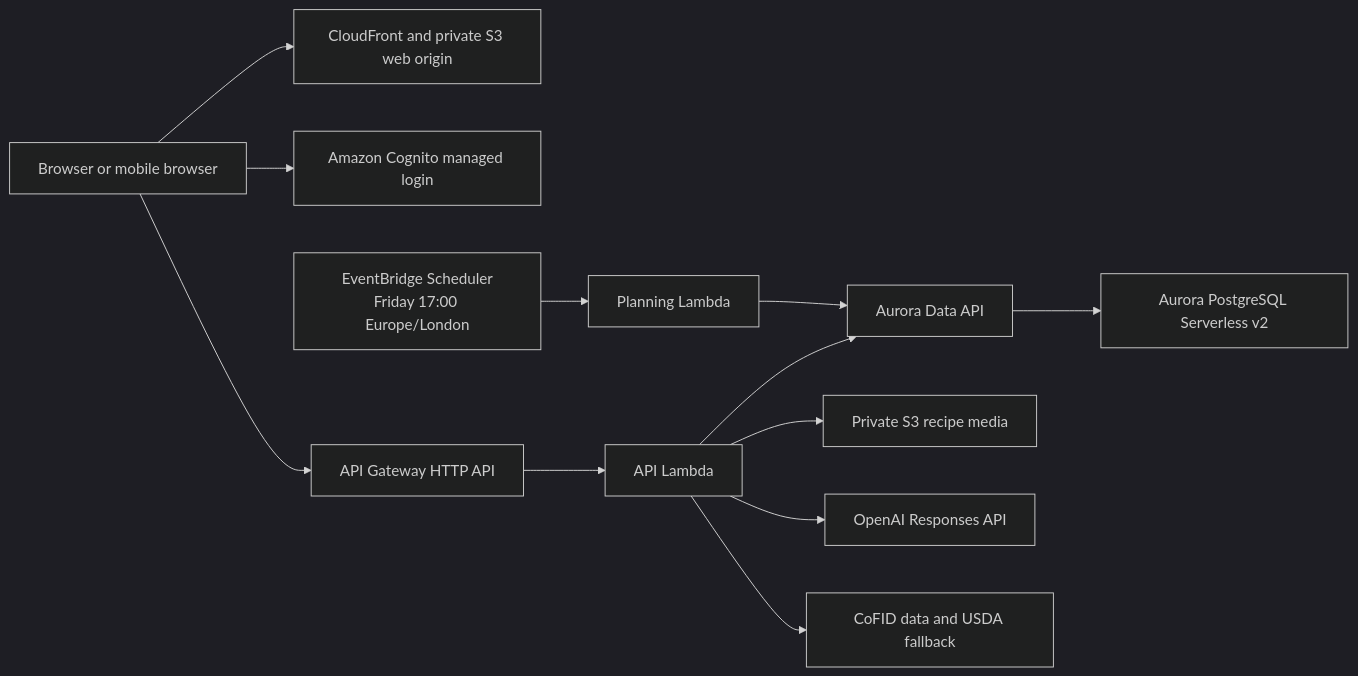
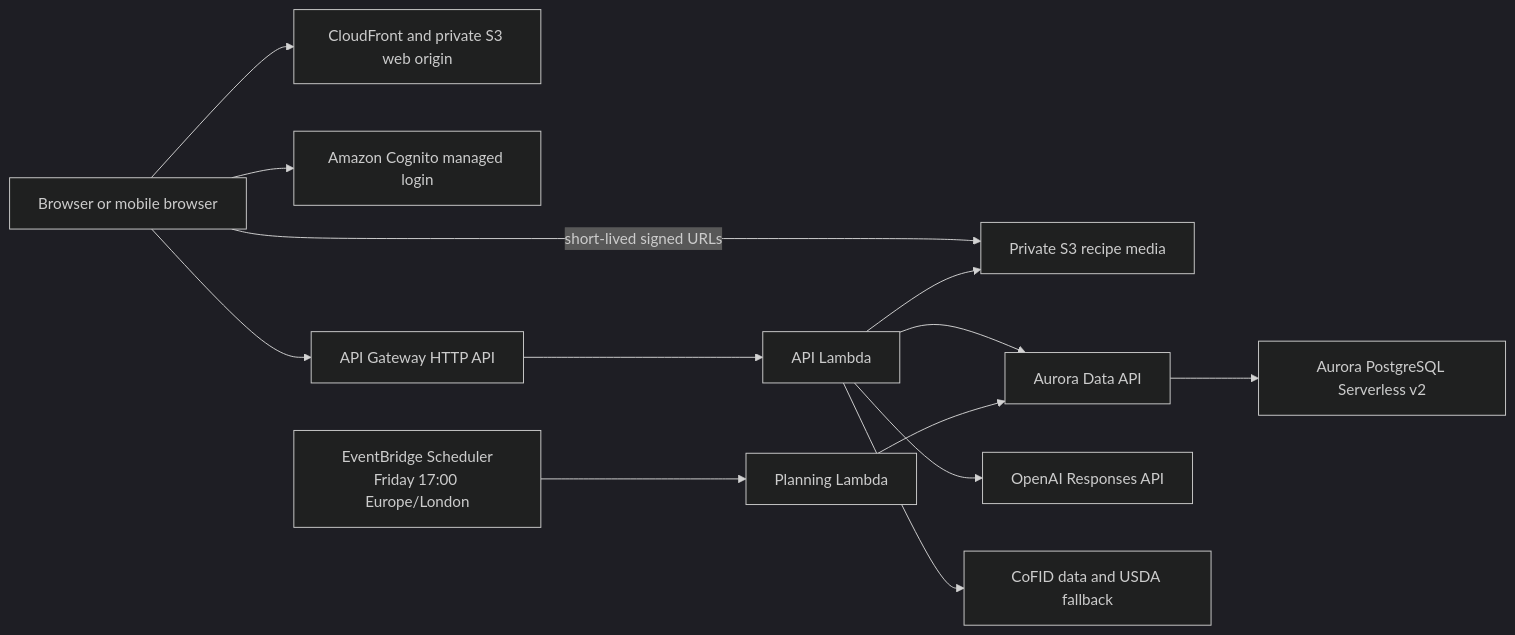
The diagram in docs/technical-architecture.md (cdm319/MacroMap), drawn with Mermaid (dark theme) before and after one commit. The commit also changed other lines of this file and 26 other files, not shown here.

````diff
--- a/docs/technical-architecture.md
+++ b/docs/technical-architecture.md
@@ -38,14 +38,15 @@
 ```mermaid
 flowchart LR
     Browser["Browser or mobile browser"] --> Web["CloudFront and private S3 web origin"]
     Browser --> Auth["Amazon Cognito managed login"]
     Browser --> API["API Gateway HTTP API"]
+    Browser -->|"short-lived signed URLs"| Media["Private S3 recipe media"]
     API --> ApiLambda["API Lambda"]
     Schedule["EventBridge Scheduler<br/>Friday 17:00 Europe/London"] --> PlannerLambda["Planning Lambda"]
     ApiLambda --> DataApi["Aurora Data API"]
     PlannerLambda --> DataApi
     DataApi --> Database["Aurora PostgreSQL Serverless v2"]
-    ApiLambda --> Media["Private S3 recipe media"]
+    ApiLambda --> Media
     ApiLambda --> OpenAI["OpenAI Responses API"]
     ApiLambda --> Nutrition["CoFID data and USDA fallback"]
 ```
````
